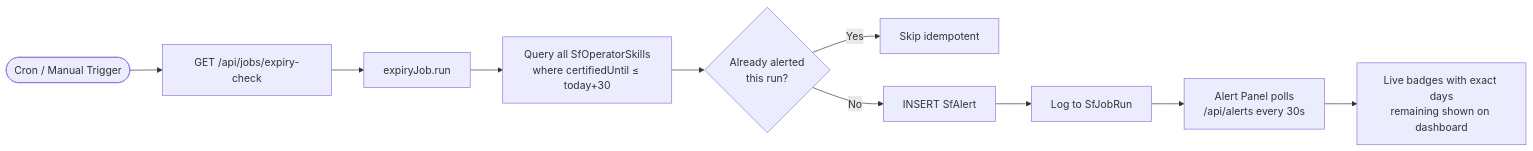
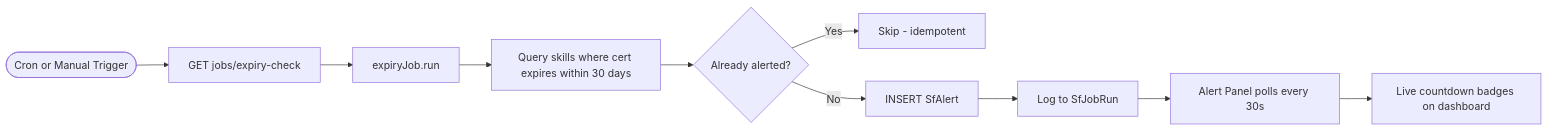
One commit to awakenedarpit/skillsforge changed the fifth of 8 diagrams in README.md. Above: the diagram before and after it, drawn with Mermaid. The commit also changed other lines of this file, not shown here.

Commit message:
fix: resolve all Mermaid diagram syntax errors in README

````diff
--- a/README.md
+++ b/README.md
@@ -198,12 +197,12 @@
 ```mermaid
 flowchart LR
-    A([Cron / Manual Trigger]) --> B[GET /api/jobs/expiry-check]
-    B --> C[expiryJob.run]
-    C --> D[Query all SfOperatorSkills\nwhere certifiedUntil ≤ today+30]
-    D --> E{Already alerted\nthis run?}
-    E -- Yes --> F[Skip idempotent]
-    E -- No --> G[INSERT SfAlert]
-    G --> H[Log to SfJobRun]
-    H --> I[Alert Panel polls\n/api/alerts every 30s]
-    I --> J[Live badges with exact days\nremaining shown on dashboard]
+    A(["Cron or Manual Trigger"]) --> B["GET jobs/expiry-check"]
+    B --> C["expiryJob.run"]
+    C --> D["Query skills where cert expires within 30 days"]
+    D --> E{Already alerted?}
+    E -- Yes --> F["Skip - idempotent"]
+    E -- No --> G["INSERT SfAlert"]
+    G --> H["Log to SfJobRun"]
+    H --> I["Alert Panel polls every 30s"]
+    I --> J["Live countdown badges on dashboard"]
 ```
````
